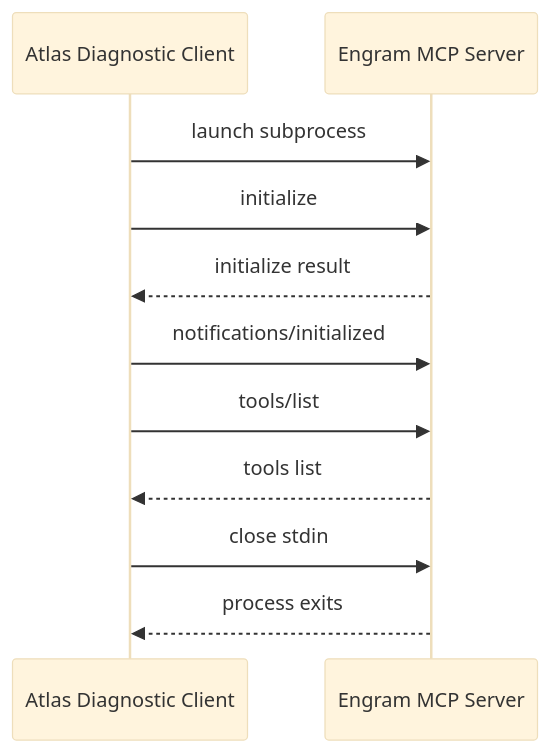
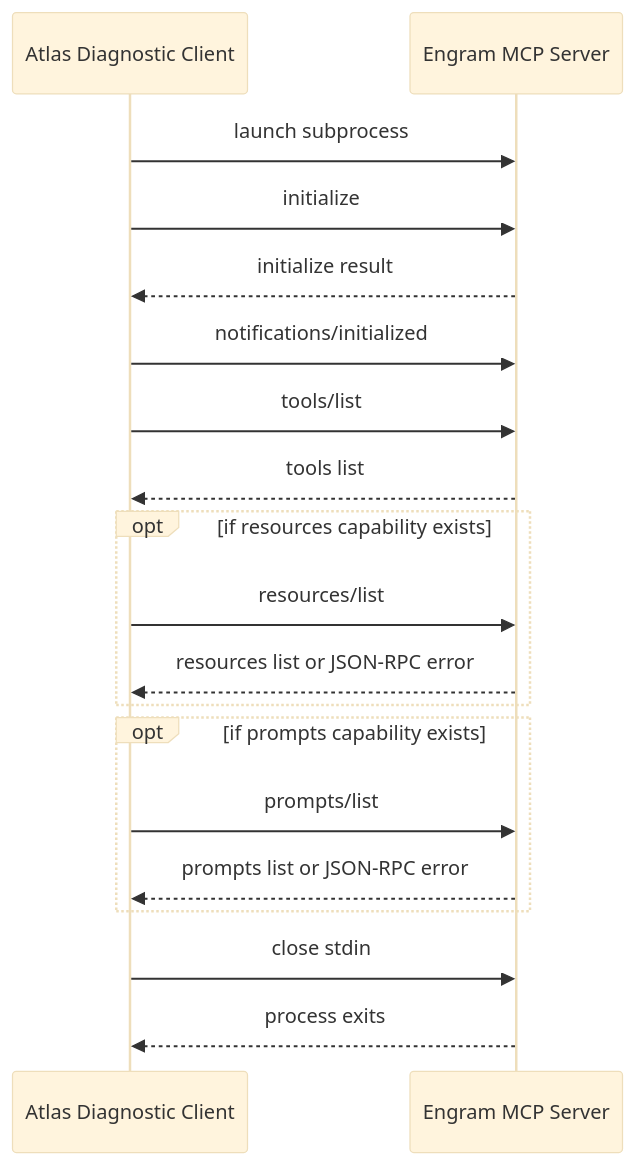
One commit to lkswally/CodexAtlas changed the diagram in docs/mcp_protocol_validation_v1.md. Above: the diagram before and after it, drawn with Mermaid (base theme). The commit also changed other lines of this file and 3 other files, not shown here.

````diff
--- a/docs/mcp_protocol_validation_v1.md
+++ b/docs/mcp_protocol_validation_v1.md
@@ -146,13 +155,21 @@
 ```mermaid
 sequenceDiagram
     participant Atlas as Atlas Diagnostic Client
     participant MCP as Engram MCP Server
     Atlas->>MCP: launch subprocess
     Atlas->>MCP: initialize
     MCP-->>Atlas: initialize result
     Atlas->>MCP: notifications/initialized
     Atlas->>MCP: tools/list
     MCP-->>Atlas: tools list
+    opt if resources capability exists
+        Atlas->>MCP: resources/list
+        MCP-->>Atlas: resources list or JSON-RPC error
+    end
+    opt if prompts capability exists
+        Atlas->>MCP: prompts/list
+        MCP-->>Atlas: prompts list or JSON-RPC error
+    end
     Atlas->>MCP: close stdin
     MCP-->>Atlas: process exits
 ```
````
